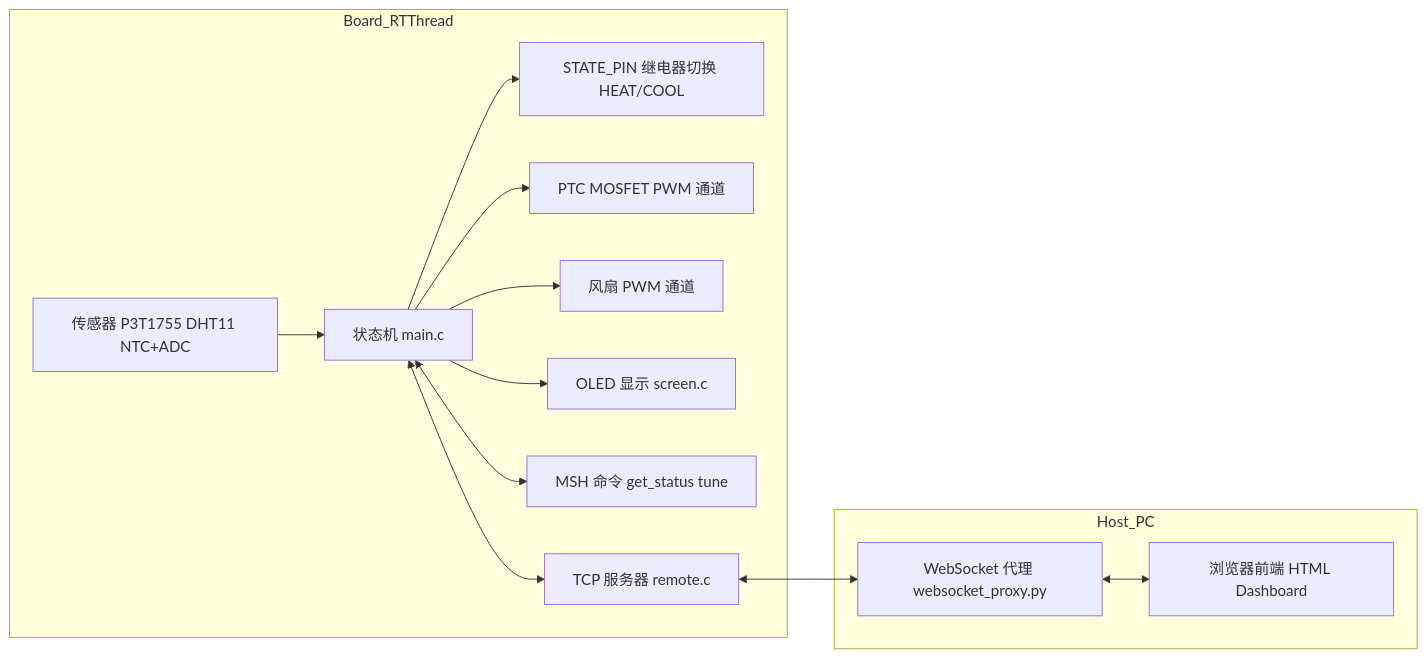
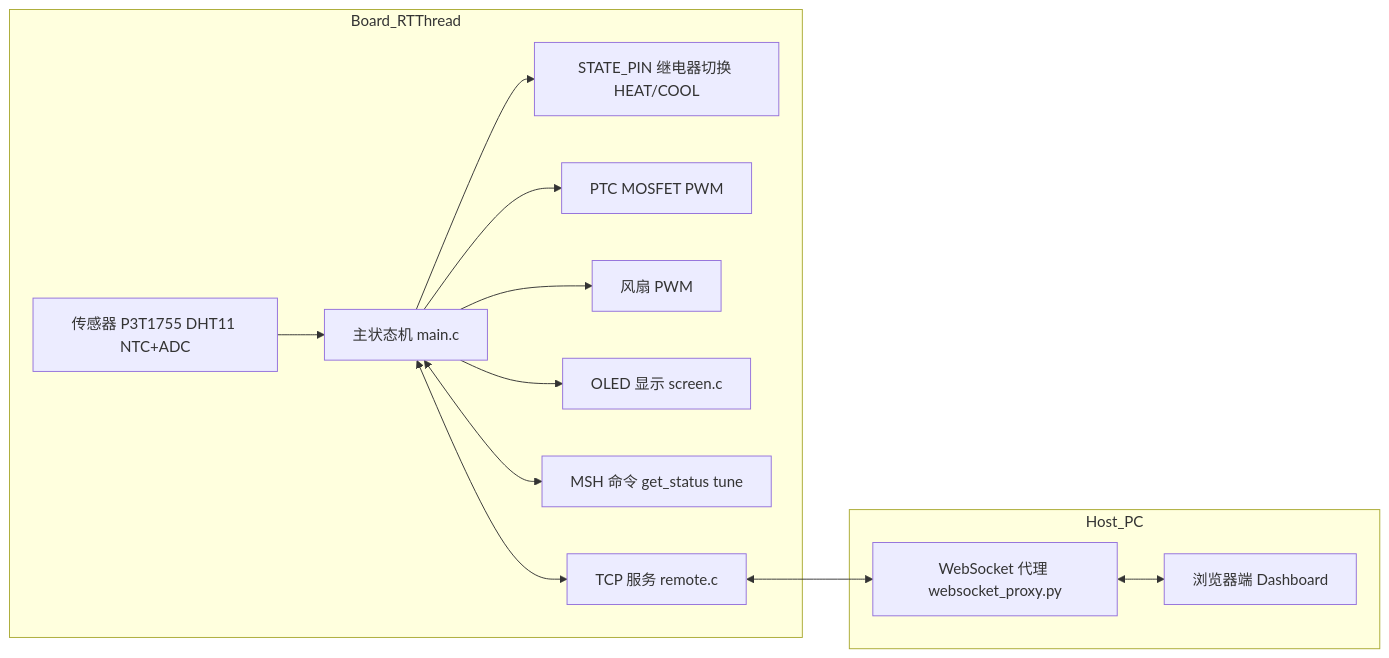
One commit to Cylopsis/Little-TempControled-Box changed the diagram in README.md. Above: the diagram before and after it, drawn with Mermaid. The commit also changed other lines of this file and 2 other files, not shown here.

Commit message:
添加 PTC 和 WLAN 图片资源

````diff
--- a/README.md
+++ b/README.md
@@ -49,17 +34,17 @@
 ```mermaid
 flowchart LR
   subgraph Board_RTThread
-    A[传感器 P3T1755 DHT11 NTC+ADC] --> B[状态机 main.c]
+    A[传感器 P3T1755 DHT11 NTC+ADC] --> B[主状态机 main.c]
     B --> C[STATE_PIN 继电器切换 HEAT/COOL]
-    B --> D[PTC MOSFET PWM 通道]
-    B --> E[风扇 PWM 通道]
+    B --> D[PTC MOSFET PWM]
+    B --> E[风扇 PWM]
     B --> F[OLED 显示 screen.c]
     B <--> G[MSH 命令 get_status tune]
-    B <--> H[TCP 服务器 remote.c]
+    B <--> H[TCP 服务 remote.c]
   end
 
   subgraph Host_PC
     H <--> I[WebSocket 代理 websocket_proxy.py]
-    I <--> J[浏览器前端 HTML Dashboard]
+    I <--> J[浏览器端 Dashboard]
   end
 ```
````
